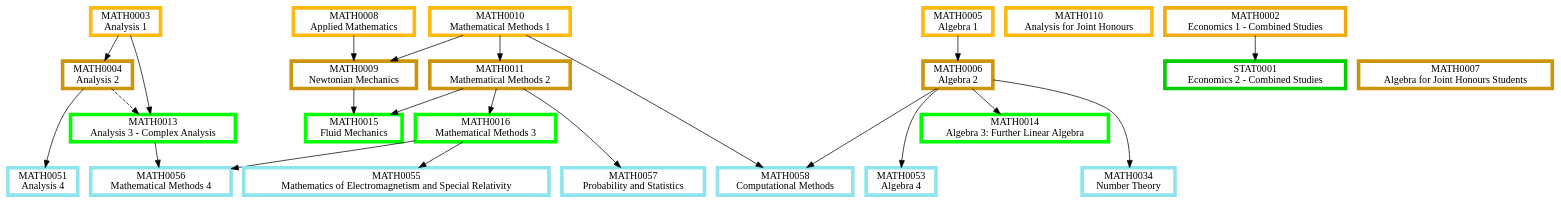
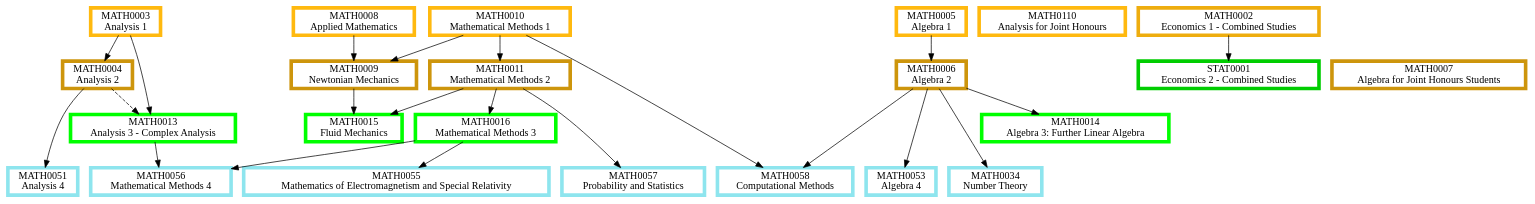
Before and after one commit to matthew-towers/pathways: the diagram in First and Second Year.dot, drawn with Graphviz. The commit also changed 11 other files, not shown here.

```diff
--- a/First and Second Year.dot
+++ b/First and Second Year.dot
@@ -1,88 +1,88 @@
 digraph {
 	node [fillcolor=white penwidth=5 shape=box style="filled,bold"]
 	subgraph "1.0 1" {
 		rank=same
+		MATH0003 [label="MATH0003
+Analysis 1" color=darkgoldenrod1 href="https://www.ucl.ac.uk/maths/sites/maths/files/math0003.pdf" tooltip="Year 1, term 1"]
 		MATH0008 [label="MATH0008
 Applied Mathematics" color=darkgoldenrod1 href="https://www.ucl.ac.uk/maths/sites/maths/files/math0008.pdf" tooltip="Year 1, term 1"]
-		MATH0005 [label="MATH0005
-Algebra 1" color=darkgoldenrod1 href="https://www.ucl.ac.uk/maths/sites/maths/files/math0005.pdf" tooltip="Year 1, term 1"]
-		MATH0003 [label="MATH0003
-Analysis 1" color=darkgoldenrod1 href="https://www.ucl.ac.uk/maths/sites/maths/files/math0003.pdf" tooltip="Year 1, term 1"]
 		MATH0110 [label="MATH0110
 Analysis for Joint Honours" color=darkgoldenrod1 href="https://www.ucl.ac.uk/maths/sites/maths/files/math0110_1.pdf" tooltip="Year 1, term 1"]
 		MATH0010 [label="MATH0010
 Mathematical Methods 1" color=darkgoldenrod1 href="https://www.ucl.ac.uk/maths/sites/maths/files/math0010.pdf" tooltip="Year 1, term 1"]
+		MATH0005 [label="MATH0005
+Algebra 1" color=darkgoldenrod1 href="https://www.ucl.ac.uk/maths/sites/maths/files/math0005.pdf" tooltip="Year 1, term 1"]
 	}
 	subgraph "1.0 1.5" {
 		rank=same
 		MATH0002 [label="MATH0002
 Economics 1 - Combined Studies" color=darkgoldenrod2 href="https://www.ucl.ac.uk/maths/sites/maths/files/math0002.pdf" tooltip="Year 1, term 1 and 2"]
 	}
-	MATH0005 -> MATH0006
-	MATH0010 -> MATH0011
-	MATH0008 -> MATH0009
-	MATH0010 -> MATH0009
-	MATH0003 -> MATH0004
+	MATH0010 -> MATH0011 [tooltip="required prerequisite"]
+	MATH0008 -> MATH0009 [tooltip="required prerequisite"]
+	MATH0010 -> MATH0009 [tooltip="required prerequisite"]
+	MATH0005 -> MATH0006 [tooltip="required prerequisite"]
+	MATH0003 -> MATH0004 [tooltip="required prerequisite"]
 	subgraph "1.0 2" {
 		rank=same
-		MATH0006 [label="MATH0006
-Algebra 2" color=darkgoldenrod3 href="https://www.ucl.ac.uk/maths/sites/maths/files/math0006.pdf" tooltip="Year 1, term 2"]
 		MATH0011 [label="MATH0011
 Mathematical Methods 2" color=darkgoldenrod3 href="https://www.ucl.ac.uk/maths/sites/maths/files/math0011_2.pdf" tooltip="Year 1, term 2"]
 		MATH0009 [label="MATH0009
 Newtonian Mechanics" color=darkgoldenrod3 href="https://www.ucl.ac.uk/maths/sites/maths/files/math0009.pdf" tooltip="Year 1, term 2"]
+		MATH0007 [label="MATH0007
+Algebra for Joint Honours Students" color=darkgoldenrod3 href="https://www.ucl.ac.uk/maths/sites/maths/files/math0007.pdf" tooltip="Year 1, term 2"]
+		MATH0006 [label="MATH0006
+Algebra 2" color=darkgoldenrod3 href="https://www.ucl.ac.uk/maths/sites/maths/files/math0006.pdf" tooltip="Year 1, term 2"]
 		MATH0004 [label="MATH0004
 Analysis 2" color=darkgoldenrod3 href="https://www.ucl.ac.uk/maths/sites/maths/files/math0004.pdf" tooltip="Year 1, term 2"]
-		MATH0007 [label="MATH0007
-Algebra for Joint Honours Students" color=darkgoldenrod3 href="https://www.ucl.ac.uk/maths/sites/maths/files/math0007.pdf" tooltip="Year 1, term 2"]
 	}
-	MATH0011 -> MATH0016
-	MATH0006 -> MATH0014
-	MATH0011 -> MATH0015
-	MATH0009 -> MATH0015
-	MATH0003 -> MATH0013
-	MATH0004 -> MATH0013 [style=dashed]
-	subgraph "2 1" {
+	MATH0011 -> MATH0015 [tooltip="required prerequisite"]
+	MATH0009 -> MATH0015 [tooltip="required prerequisite"]
+	MATH0006 -> MATH0014 [tooltip="required prerequisite"]
+	MATH0003 -> MATH0013 [tooltip="required prerequisite"]
+	MATH0004 -> MATH0013 [style=dashed tooltip="recommended prerequisite"]
+	MATH0011 -> MATH0016 [tooltip="required prerequisite"]
+	subgraph "2.0 1" {
 		rank=same
+		MATH0015 [label="MATH0015
+Fluid Mechanics" color=green1 href="https://www.ucl.ac.uk/maths/sites/maths/files/math0015.pdf" tooltip="Year 2, term 1"]
+		MATH0014 [label="MATH0014
+Algebra 3: Further Linear Algebra" color=green1 href="https://www.ucl.ac.uk/maths/sites/maths/files/math0014.pdf" tooltip="Year 2, term 1"]
+		MATH0013 [label="MATH0013
+Analysis 3 - Complex Analysis" color=green1 href="https://www.ucl.ac.uk/maths/sites/maths/files/math0013.pdf" tooltip="Year 2, term 1"]
 		MATH0016 [label="MATH0016
 Mathematical Methods 3" color=green1 href="https://www.ucl.ac.uk/maths/sites/maths/files/math0016.pdf" tooltip="Year 2, term 1"]
-		MATH0014 [label="MATH0014
-Algebra 3: Further Linear Algebra" color=green1 href="https://www.ucl.ac.uk/maths/sites/maths/files/math0014.pdf" tooltip="Year 2, term 1"]
-		MATH0015 [label="MATH0015
-Fluid Mechanics" color=green1 href="https://www.ucl.ac.uk/maths/sites/maths/files/math0015.pdf" tooltip="Year 2, term 1"]
-		MATH0013 [label="MATH0013
-Analysis 3 - Complex Analysis" color=green1 href="https://www.ucl.ac.uk/maths/sites/maths/files/math0013.pdf" tooltip="Year 2, term 1"]
 	}
-	MATH0002 -> STAT0001
+	MATH0002 -> STAT0001 [tooltip="required prerequisite"]
 	subgraph "2 1.5" {
 		rank=same
 		STAT0001 [label="STAT0001
 Economics 2 - Combined Studies" color=green3 href="https://www.ucl.ac.uk/maths/sites/maths/files/stat0001.pdf" tooltip="Year 2, term 1 and 2"]
 	}
-	MATH0006 -> MATH0053
-	MATH0011 -> MATH0057
-	MATH0010 -> MATH0058
-	MATH0006 -> MATH0058
-	MATH0006 -> MATH0034
-	MATH0004 -> MATH0051
-	MATH0013 -> MATH0056
-	MATH0016 -> MATH0056
-	MATH0016 -> MATH0055
+	MATH0006 -> MATH0053 [tooltip="required prerequisite"]
+	MATH0006 -> MATH0034 [tooltip="required prerequisite"]
+	MATH0016 -> MATH0055 [tooltip="required prerequisite"]
+	MATH0010 -> MATH0058 [tooltip="required prerequisite"]
+	MATH0006 -> MATH0058 [tooltip="required prerequisite"]
+	MATH0004 -> MATH0051 [tooltip="required prerequisite"]
+	MATH0013 -> MATH0056 [tooltip="required prerequisite"]
+	MATH0016 -> MATH0056 [tooltip="required prerequisite"]
+	MATH0011 -> MATH0057 [tooltip="required prerequisite"]
 	subgraph "2.5 2" {
 		rank=same
 		MATH0053 [label="MATH0053
 Algebra 4" color=cadetblue2 href="https://www.ucl.ac.uk/maths/sites/maths/files/math0053.pdf" tooltip="Year 2 or 3, term 2"]
-		MATH0057 [label="MATH0057
-Probability and Statistics" color=cadetblue2 href="https://www.ucl.ac.uk/maths/sites/maths/files/math0057.pdf" tooltip="Year 2 or 3, term 2"]
+		MATH0034 [label="MATH0034
+Number Theory" color=cadetblue2 href="https://www.ucl.ac.uk/maths/sites/maths/files/math0034.pdf" tooltip="Year 2 or 3, term 2"]
+		MATH0055 [label="MATH0055
+Mathematics of Electromagnetism and Special Relativity" color=cadetblue2 href="https://www.ucl.ac.uk/maths/sites/maths/files/math0055_3.pdf" tooltip="Year 2 or 3, term 2"]
 		MATH0058 [label="MATH0058
 Computational Methods" color=cadetblue2 href="https://www.ucl.ac.uk/maths/sites/maths/files/math0058.pdf" tooltip="Year 2 or 3, term 2"]
-		MATH0034 [label="MATH0034
-Number Theory" color=cadetblue2 href="https://www.ucl.ac.uk/maths/sites/maths/files/math0034.pdf" tooltip="Year 2 or 3, term 2"]
 		MATH0051 [label="MATH0051
 Analysis 4" color=cadetblue2 href="https://www.ucl.ac.uk/maths/sites/maths/files/math0051.pdf" tooltip="Year 2 or 3, term 2"]
 		MATH0056 [label="MATH0056
 Mathematical Methods 4" color=cadetblue2 href="https://www.ucl.ac.uk/maths/sites/maths/files/math0056.pdf" tooltip="Year 2 or 3, term 2"]
-		MATH0055 [label="MATH0055
-Mathematics of Electromagnetism and Special Relativity" color=cadetblue2 href="https://www.ucl.ac.uk/maths/sites/maths/files/math0055_3.pdf" tooltip="Year 2 or 3, term 2"]
+		MATH0057 [label="MATH0057
+Probability and Statistics" color=cadetblue2 href="https://www.ucl.ac.uk/maths/sites/maths/files/math0057.pdf" tooltip="Year 2 or 3, term 2"]
 	}
 }
```
